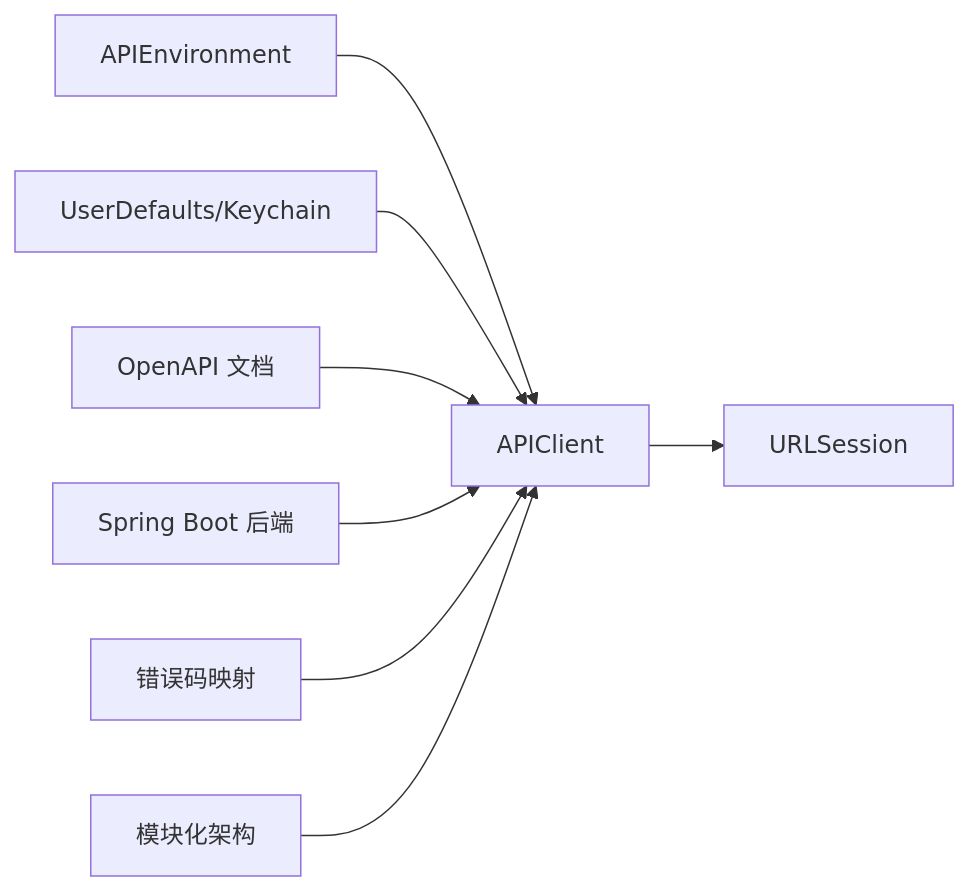
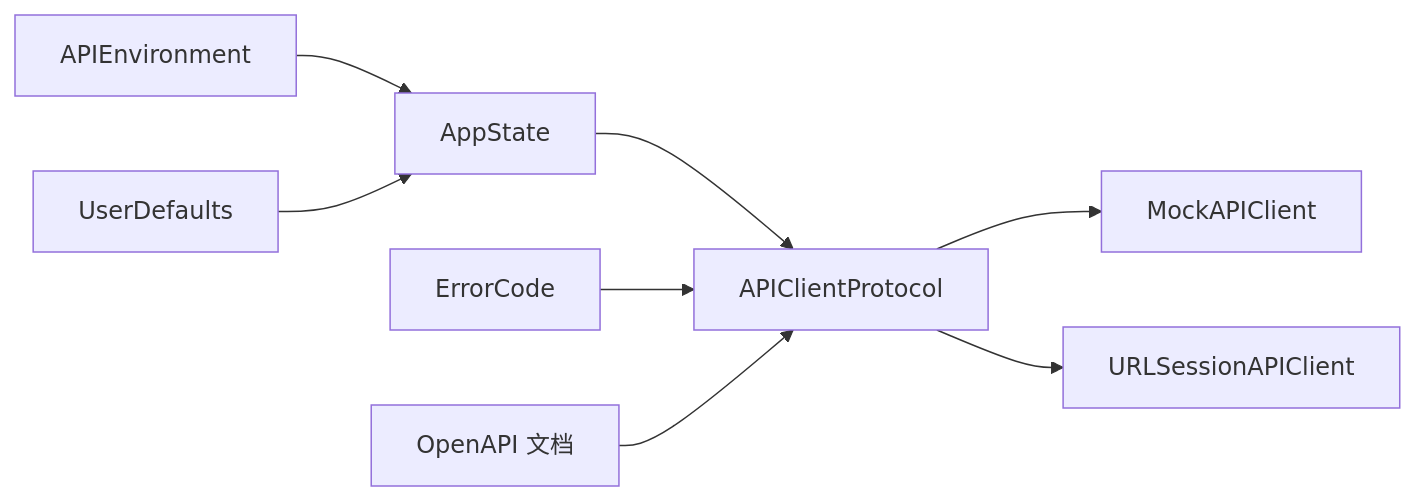
The sixth of 6 diagrams in .qoder/repowiki/zh/content/架构设计/API 环境配置.md (Jayden23018/blind-run-ios), drawn with Mermaid before and after one commit. The commit also changed other lines of this file and 35 other files, not shown here.

Commit message:
Implement backend auth and role-switch flow

````diff
--- a/.qoder/repowiki/zh/content/架构设计/API 环境配置.md
+++ b/.qoder/repowiki/zh/content/架构设计/API 环境配置.md
@@ -320,10 +434,10 @@
 ```mermaid
 graph LR
-ENV["APIEnvironment"] --> AC["APIClient"]
-TOK["UserDefaults/Keychain"] --> AC
-AC --> NET["URLSession"]
-DOC["OpenAPI 文档"] --> AC
-BACK["Spring Boot 后端"] --> AC
-ERR["错误码映射"] --> AC
-MOD["模块化架构"] --> AC
+ENV["APIEnvironment"] --> STATE["AppState"]
+STATE --> PROTO["APIClientProtocol"]
+PROTO --> MOCK["MockAPIClient"]
+PROTO --> URLS["URLSessionAPIClient"]
+ERROR["ErrorCode"] --> PROTO
+USERDEF["UserDefaults"] --> STATE
+OPENAPI["OpenAPI 文档"] --> PROTO
 ```
````
